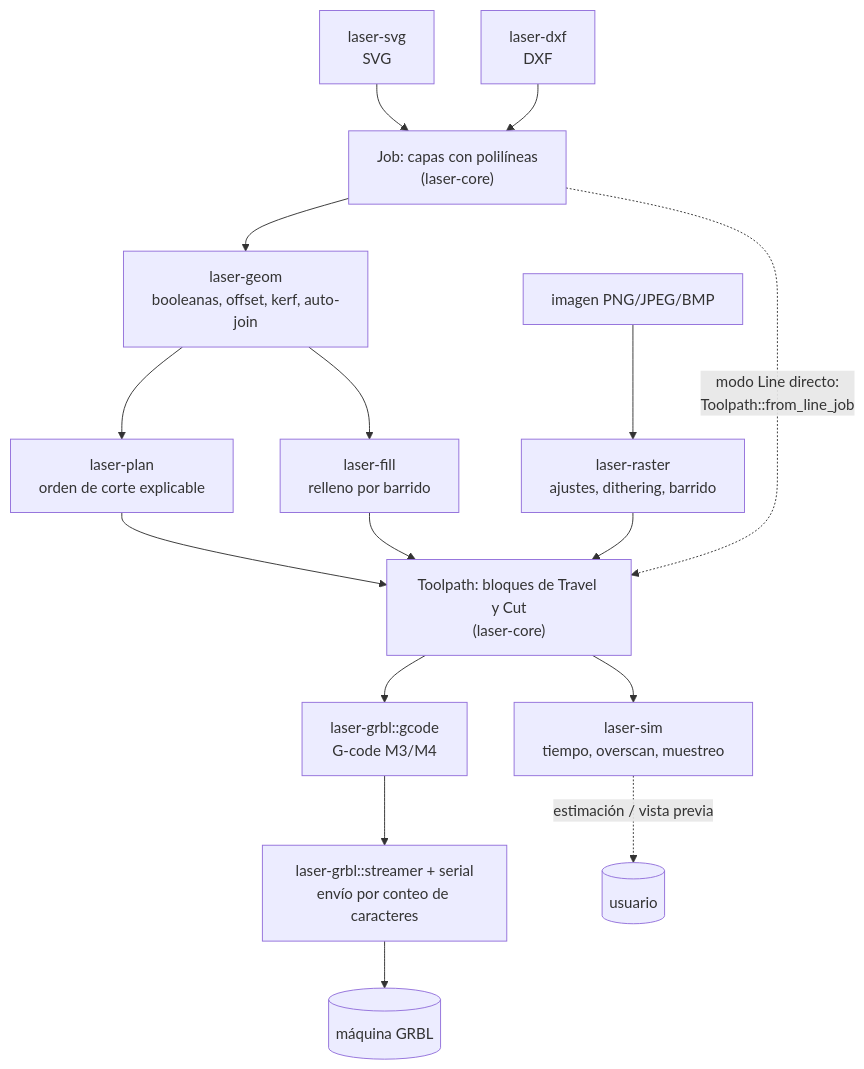
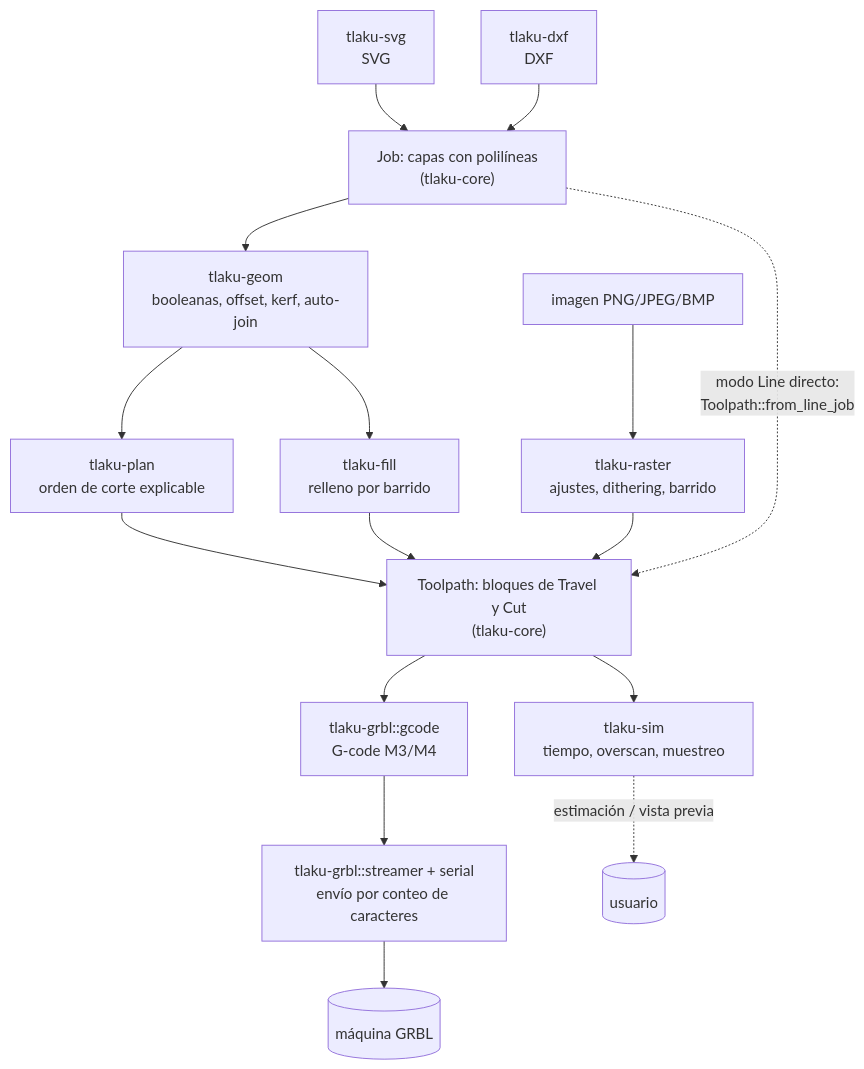
One commit to jahziel1/tlaku changed the diagram in docs/arquitectura.md. Above: the diagram before and after it, drawn with Mermaid. The commit also changed other lines of this file and 230 other files, not shown here.

````diff
--- a/docs/arquitectura.md
+++ b/docs/arquitectura.md
@@ -10,22 +10,22 @@
 ```mermaid
 flowchart TD
-    SVG[laser-svg<br/>SVG] --> JOB
-    DXF[laser-dxf<br/>DXF] --> JOB
+    SVG[tlaku-svg<br/>SVG] --> JOB
+    DXF[tlaku-dxf<br/>DXF] --> JOB
     IMG[imagen PNG/JPEG/BMP] --> RASTER
 
-    JOB["Job: capas con polilíneas<br/>(laser-core)"] --> GEOM["laser-geom<br/>booleanas, offset, kerf, auto-join"]
-    GEOM --> PLAN["laser-plan<br/>orden de corte explicable"]
-    GEOM --> FILL["laser-fill<br/>relleno por barrido"]
-    RASTER["laser-raster<br/>ajustes, dithering, barrido"]
+    JOB["Job: capas con polilíneas<br/>(tlaku-core)"] --> GEOM["tlaku-geom<br/>booleanas, offset, kerf, auto-join"]
+    GEOM --> PLAN["tlaku-plan<br/>orden de corte explicable"]
+    GEOM --> FILL["tlaku-fill<br/>relleno por barrido"]
+    RASTER["tlaku-raster<br/>ajustes, dithering, barrido"]
 
     PLAN --> TP
     FILL --> TP
     RASTER --> TP
     JOB -. "modo Line directo:<br/>Toolpath::from_line_job" .-> TP
 
-    TP["Toolpath: bloques de Travel y Cut<br/>(laser-core)"] --> SIM["laser-sim<br/>tiempo, overscan, muestreo"]
-    TP --> GCODE["laser-grbl::gcode<br/>G-code M3/M4"]
-    GCODE --> STREAM["laser-grbl::streamer + serial<br/>envío por conteo de caracteres"]
+    TP["Toolpath: bloques de Travel y Cut<br/>(tlaku-core)"] --> SIM["tlaku-sim<br/>tiempo, overscan, muestreo"]
+    TP --> GCODE["tlaku-grbl::gcode<br/>G-code M3/M4"]
+    GCODE --> STREAM["tlaku-grbl::streamer + serial<br/>envío por conteo de caracteres"]
     SIM -. "estimación / vista previa" .-> OUT[(usuario)]
     STREAM --> MACHINE[(máquina GRBL)]
 ```
````
